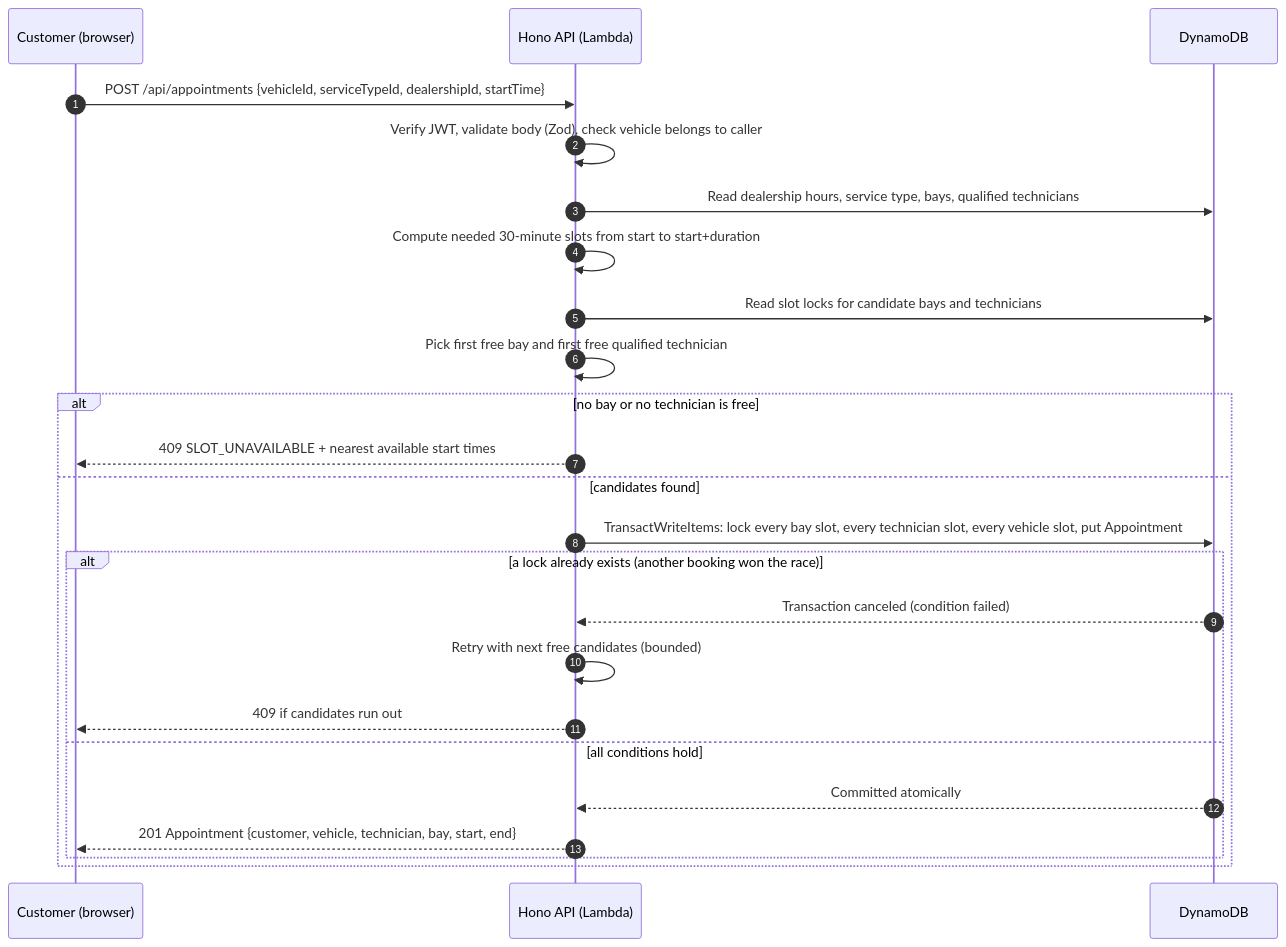
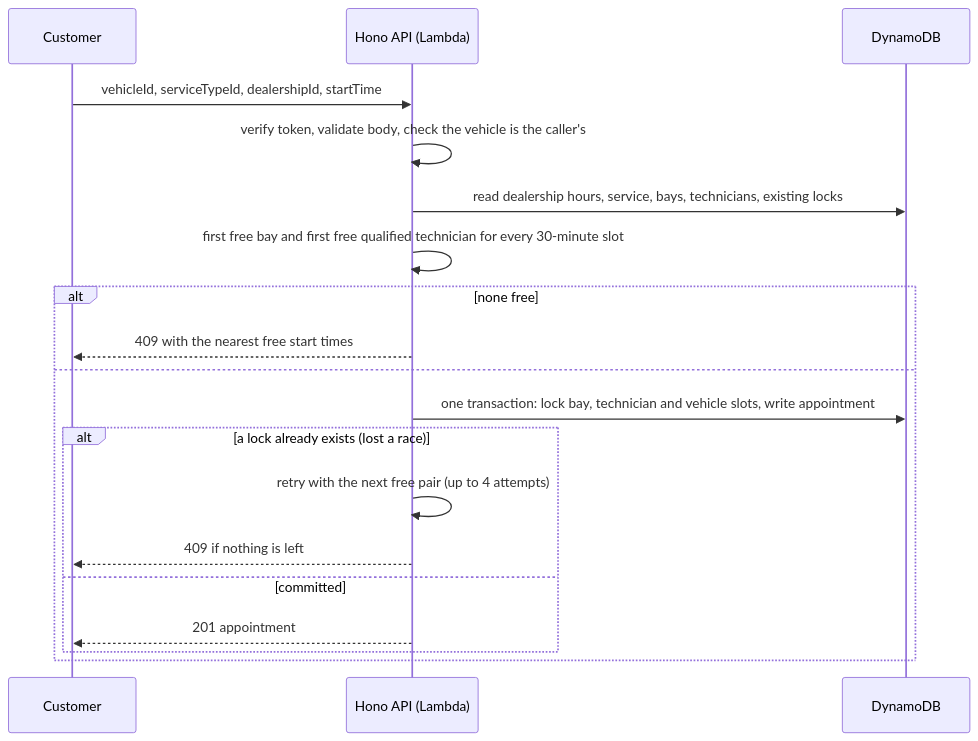
One commit to vinhngx25/asa-challenge changed the second of 2 diagrams in docs/SYSTEM_DESIGN.md. Above: the diagram before and after it, drawn with Mermaid. The commit also changed other lines of this file and 5 other files, not shown here.

````diff
--- a/docs/SYSTEM_DESIGN.md
+++ b/docs/SYSTEM_DESIGN.md
@@ -72,27 +39,21 @@
 ```mermaid
 sequenceDiagram
-  autonumber
-  participant C as Customer (browser)
+  participant C as Customer
   participant API as Hono API (Lambda)
   participant DB as DynamoDB
-
-  C->>API: POST /api/appointments {vehicleId, serviceTypeId, dealershipId, startTime}
-  API->>API: Verify JWT, validate body (Zod), check vehicle belongs to caller
-  API->>DB: Read dealership hours, service type, bays, qualified technicians
-  API->>API: Compute needed 30-minute slots from start to start+duration
-  API->>DB: Read slot locks for candidate bays and technicians
-  API->>API: Pick first free bay and first free qualified technician
-  alt no bay or no technician is free
-    API-->>C: 409 SLOT_UNAVAILABLE + nearest available start times
-  else candidates found
-    API->>DB: TransactWriteItems: lock every bay slot, every technician slot, every vehicle slot, put Appointment
-    alt a lock already exists (another booking won the race)
-      DB-->>API: Transaction canceled (condition failed)
-      API->>API: Retry with next free candidates (bounded)
-      API-->>C: 409 if candidates run out
-    else all conditions hold
-      DB-->>API: Committed atomically
-      API-->>C: 201 Appointment {customer, vehicle, technician, bay, start, end}
+  C->>API: vehicleId, serviceTypeId, dealershipId, startTime
+  API->>API: verify token, validate body, check the vehicle is the caller's
+  API->>DB: read dealership hours, service, bays, technicians, existing locks
+  API->>API: first free bay and first free qualified technician for every 30-minute slot
+  alt none free
+    API-->>C: 409 with the nearest free start times
+  else
+    API->>DB: one transaction: lock bay, technician and vehicle slots, write appointment
+    alt a lock already exists (lost a race)
+      API->>API: retry with the next free pair (up to 4 attempts)
+      API-->>C: 409 if nothing is left
+    else committed
+      API-->>C: 201 appointment
     end
   end
 ```
````
